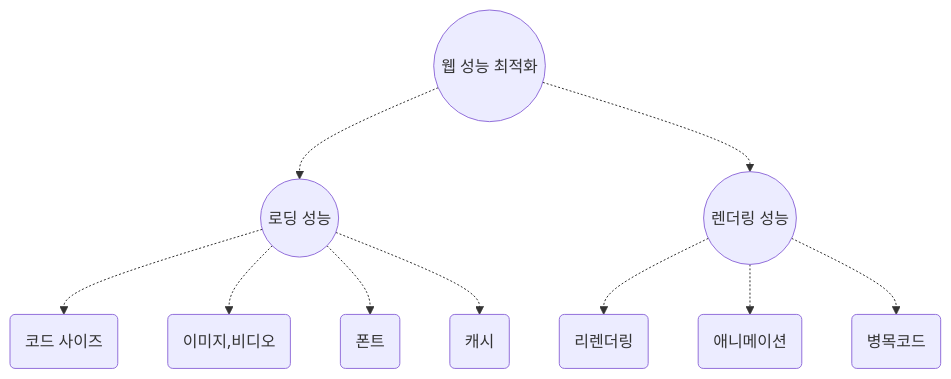
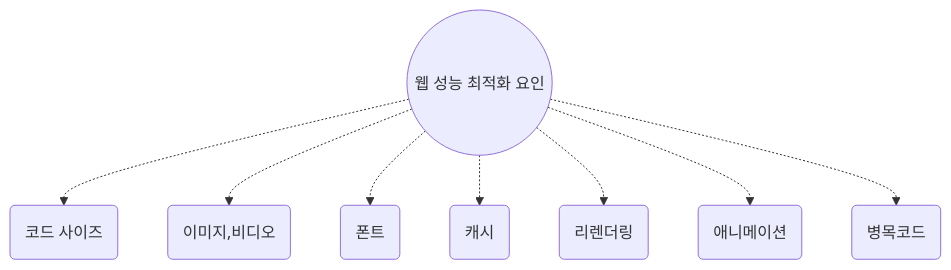
Before and after one commit to peanudge/peanudge.github.io: the first of 5 diagrams in blog/web-performance/2023-03-10-web-performance-optimization.mdx, drawn with Mermaid. The commit also changed other lines of this file and 25 other files, not shown here.

````diff
--- a/blog/web-performance/2023-03-10-web-performance-optimization.mdx
+++ b/blog/web-performance/2023-03-10-web-performance-optimization.mdx
@@ -33,12 +18,10 @@
 ```mermaid
 flowchart TD
-  title((웹 성능 최적화)) -.-> loading((로딩 성능))
-  title -.-> rendering((렌더링 성능))
-  loading -.-> codesize(코드 사이즈)
-  loading -.-> image(이미지,비디오)
-  loading -.-> font(폰트)
-  loading -.-> cache(캐시)
-  rendering -.-> javascript(리렌더링)
-  rendering -.-> animation(애니메이션)
-  rendering -.-> bottle(병목코드)
+  title((웹 성능 최적화 요인)) -.-> codesize(코드 사이즈)
+  title -.-> image(이미지,비디오)
+  title -.-> font(폰트)
+  title -.-> cache(캐시)
+  title -.-> javascript(리렌더링)
+  title -.-> animation(애니메이션)
+  title -.-> bottle(병목코드)
 ```
````
